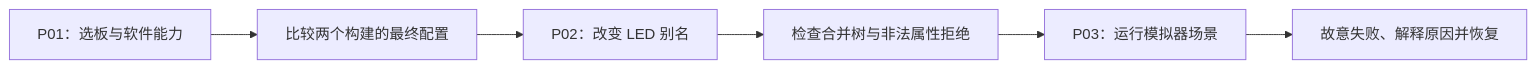
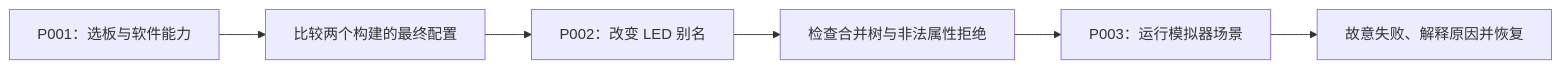
The diagram in learning/board/大纲.md (FormingSystem/zephyr_hc32f4a0), drawn with Mermaid before and after one commit. The commit also changed other lines of this file and 494 other files, not shown here.

````diff
--- a/learning/board/大纲.md
+++ b/learning/board/大纲.md
@@ -20,8 +22,8 @@
 ```mermaid
 flowchart LR
-    A["P01：选板与软件能力"] --> B["比较两个构建的最终配置"]
-    B --> C["P02：改变 LED 别名"]
+    A["P001：选板与软件能力"] --> B["比较两个构建的最终配置"]
+    B --> C["P002：改变 LED 别名"]
     C --> D["检查合并树与非法属性拒绝"]
-    D --> E["P03：运行模拟器场景"]
+    D --> E["P003：运行模拟器场景"]
     E --> F["故意失败、解释原因并恢复"]
 ```
````
